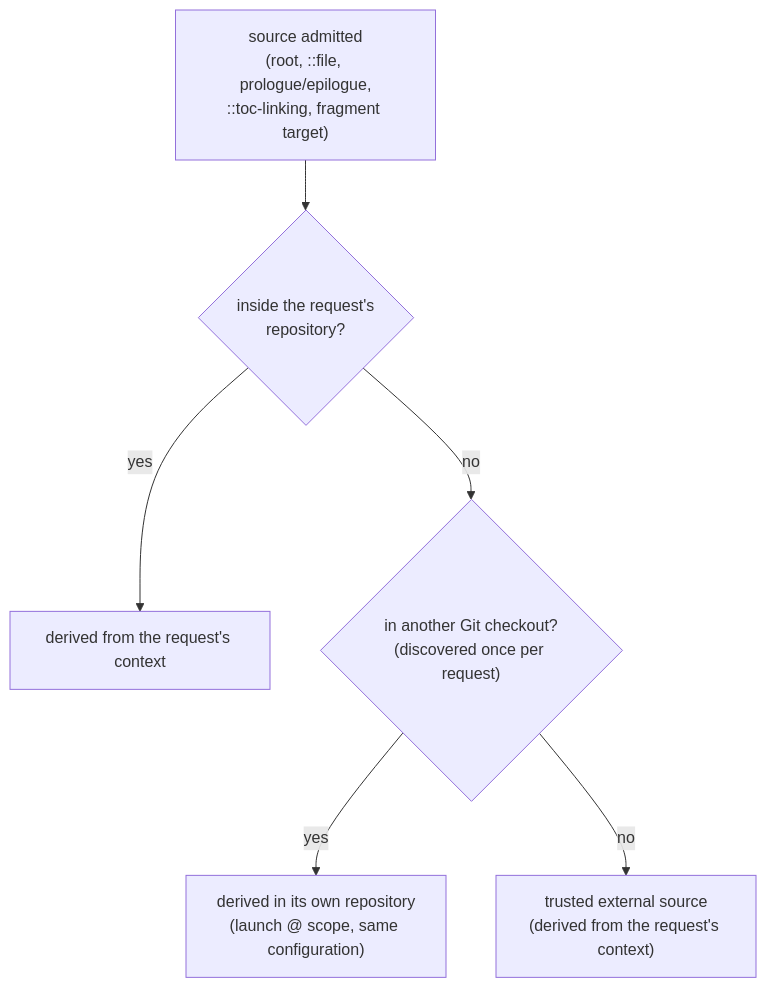
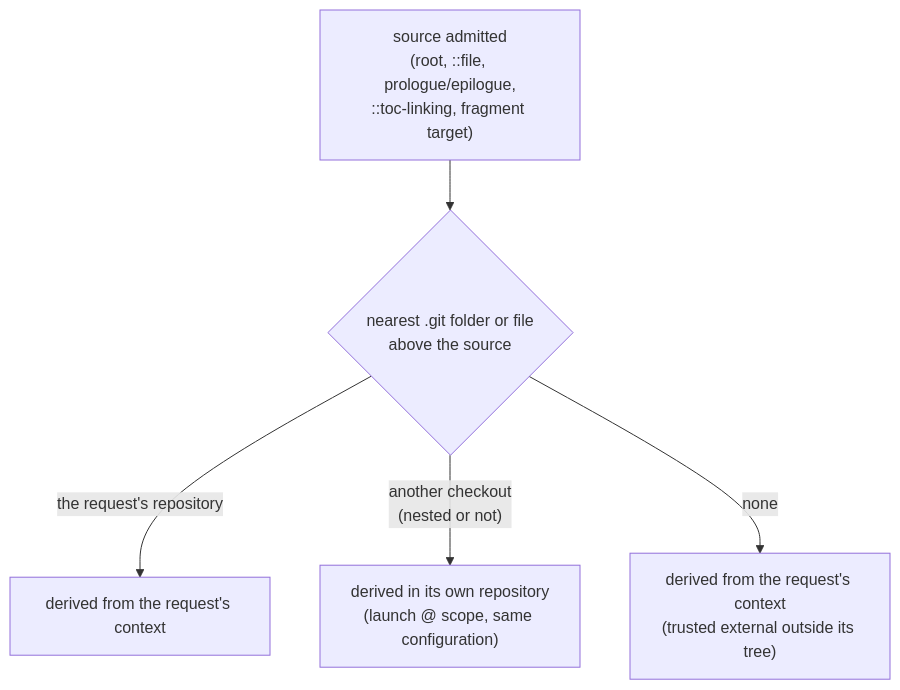
The second of 3 diagrams in darkmatter/docs/topics/compose-requests.md (yankeeinlondon/rusty-biscuit), drawn with Mermaid before and after one commit. The commit also changed other lines of this file and 11 other files, not shown here.

First line of the commit message:
docs(darkmatter): explain source-rooted repository resolution

````diff
--- a/darkmatter/docs/topics/compose-requests.md
+++ b/darkmatter/docs/topics/compose-requests.md
@@ -165,14 +194,13 @@
 ```mermaid
 flowchart TD
     A["source admitted
 (root, ::file, prologue/epilogue,
-::toc-linking, fragment target)"] --> I{"inside the request's
-repository?"}
-    I -- yes --> O["derived from the request's context"]
-    I -- no --> D{"in another Git checkout?
-(discovered once per request)"}
-    D -- yes --> W["derived in its own repository
+::toc-linking, fragment target)"] --> G{"nearest .git folder or file
+above the source"}
+    G -- "the request's repository" --> O["derived from the request's context"]
+    G -- "another checkout
+(nested or not)" --> W["derived in its own repository
 (launch @ scope, same configuration)"]
-    D -- no --> T["trusted external source
-(derived from the request's context)"]
+    G -- none --> T["derived from the request's context
+(trusted external outside its tree)"]
 ```
````
